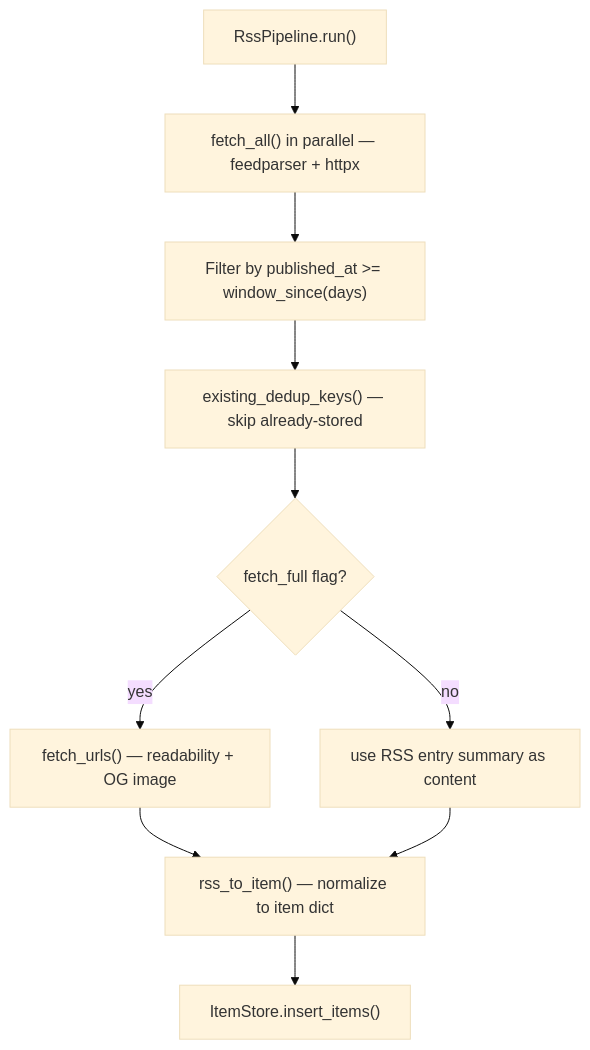
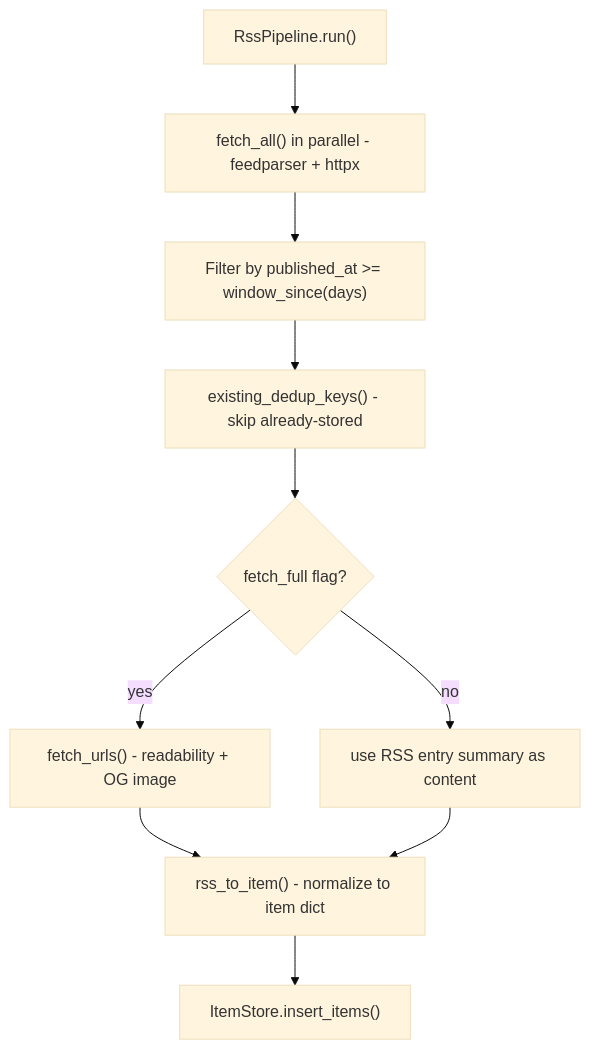
One commit to aadarshvelu/syndicate changed the second of 3 diagrams in pipeline/ingestion/doc.md. Above: the diagram before and after it, drawn with Mermaid (base theme). The commit also changed other lines of this file and 12 other files, not shown here.

````diff
--- a/pipeline/ingestion/doc.md
+++ b/pipeline/ingestion/doc.md
@@ -25,12 +25,12 @@
 ```mermaid
 flowchart TD
-    A["RssPipeline.run()"] --> B["fetch_all() in parallel — feedparser + httpx"]
+    A["RssPipeline.run()"] --> B["fetch_all() in parallel - feedparser + httpx"]
     B --> C["Filter by published_at >= window_since(days)"]
-    C --> D["existing_dedup_keys() — skip already-stored"]
+    C --> D["existing_dedup_keys() - skip already-stored"]
     D --> E{fetch_full flag?}
-    E -->|yes| F["fetch_urls() — readability + OG image"]
+    E -->|yes| F["fetch_urls() - readability + OG image"]
     E -->|no| G["use RSS entry summary as content"]
-    F --> H["rss_to_item() — normalize to item dict"]
+    F --> H["rss_to_item() - normalize to item dict"]
     G --> H
     H --> I["ItemStore.insert_items()"]
 ```
````
